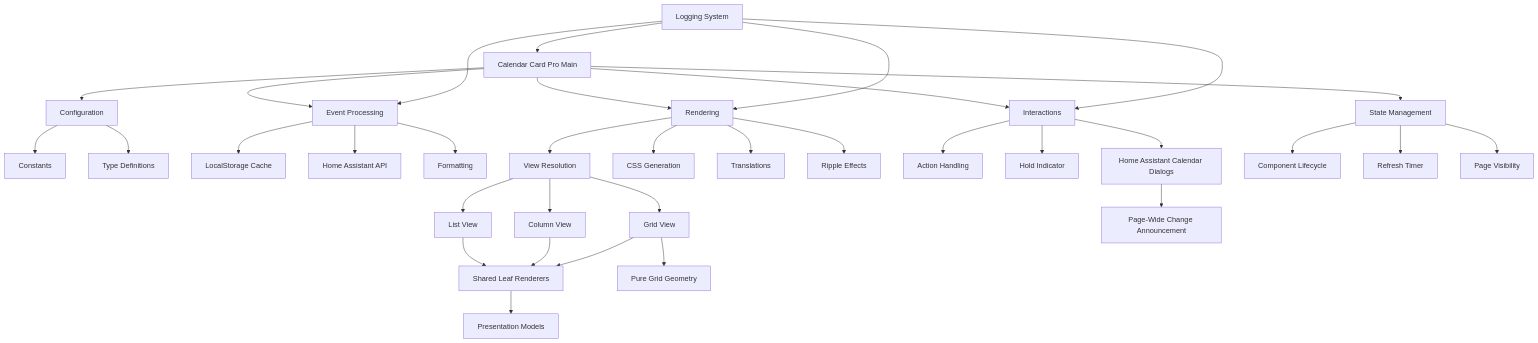
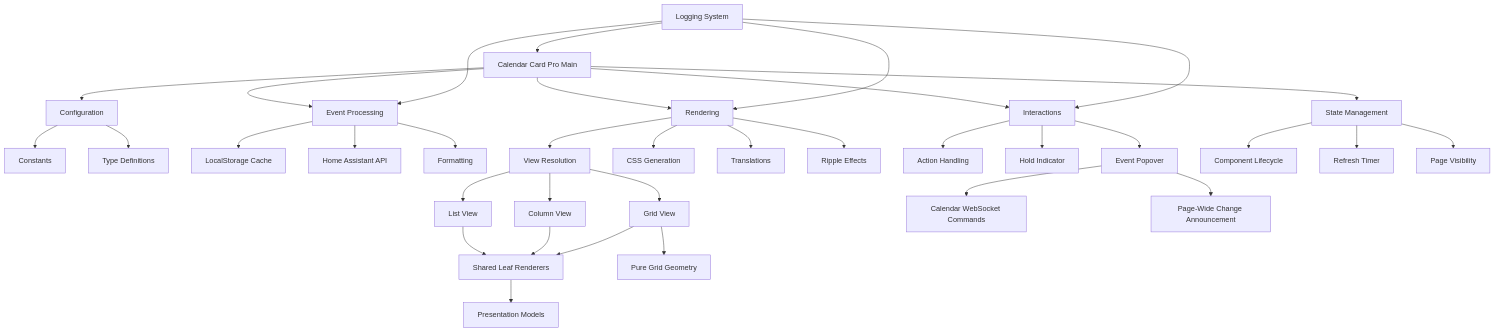
Before and after one commit to alexpfau/calendar-card-pro: the diagram in docs/architecture.md, drawn with Mermaid. The commit also changed other lines of this file and 60 other files, not shown here.

````diff
--- a/docs/architecture.md
+++ b/docs/architecture.md
@@ -1014,48 +1089,49 @@
 ```mermaid
 graph TD
     Main[Calendar Card Pro Main] --> Config[Configuration]
     Main --> Events[Event Processing]
     Main --> Render[Rendering]
     Main --> State[State Management]
     Main --> Inter[Interactions]
 
     %% Configuration interactions
     Config --> Constants[Constants]
     Config --> Types[Type Definitions]
 
     %% Event processing flow
     Events --> Cache[LocalStorage Cache]
     Events --> API[Home Assistant API]
     Events --> Format[Formatting]
 
     %% Rendering flow
     Render --> ViewRes[View Resolution]
     ViewRes --> List[List View]
     ViewRes --> Column[Column View]
     ViewRes --> Grid[Grid View]
     List --> Leaves[Shared Leaf Renderers]
     Column --> Leaves
     Grid --> Leaves
     Grid --> Geometry[Pure Grid Geometry]
     Leaves --> Present[Presentation Models]
     Render --> Styles[CSS Generation]
     Render --> Localize[Translations]
     Render --> Ripple[Ripple Effects]
 
     %% Interaction flow
     Inter --> Actions[Action Handling]
     Inter --> Feedback[Hold Indicator]
-    Inter --> Dialogs[Home Assistant Calendar Dialogs]
-    Dialogs --> Changes[Page-Wide Change Announcement]
+    Inter --> Popover[Event Popover]
+    Popover --> Writes[Calendar WebSocket Commands]
+    Popover --> Changes[Page-Wide Change Announcement]
 
     %% State management
     State --> Lifecycle[Component Lifecycle]
     State --> Refresh[Refresh Timer]
     State --> Visibility[Page Visibility]
 
     %% Cross-cutting concerns
     Logger[Logging System] --> Main
     Logger --> Events
     Logger --> Render
     Logger --> Inter
 ```
````
